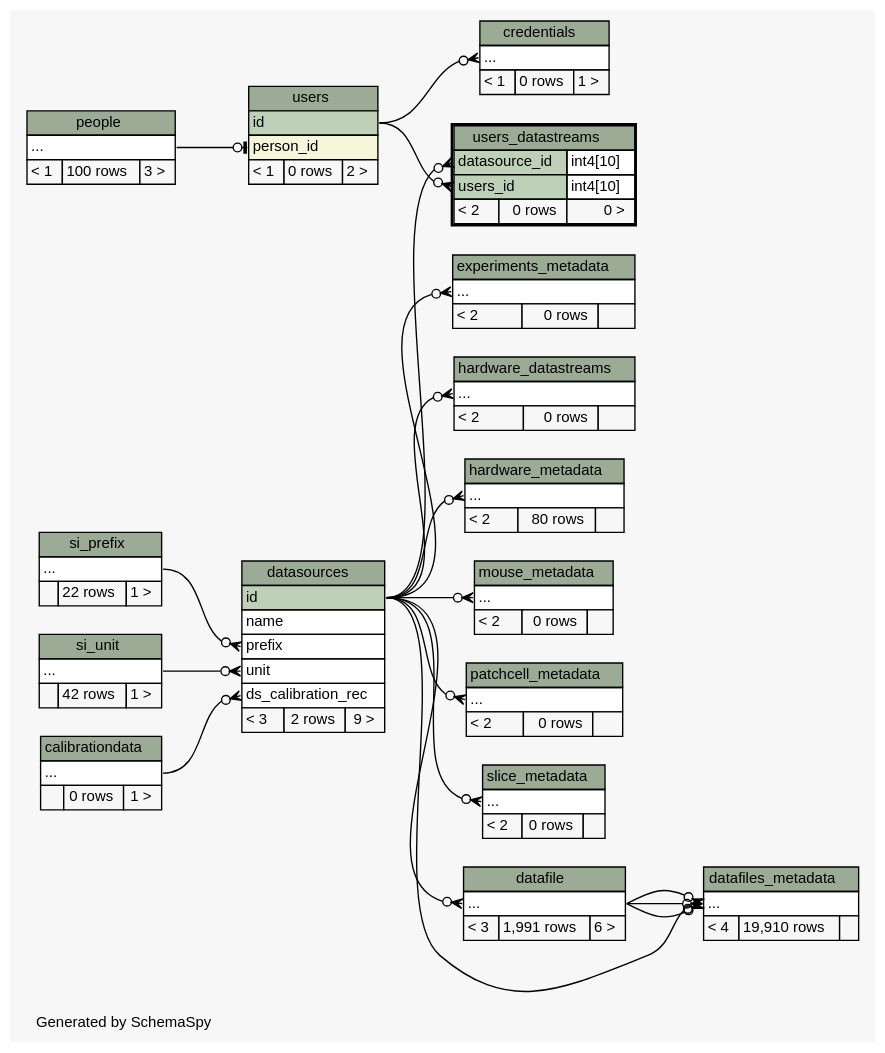
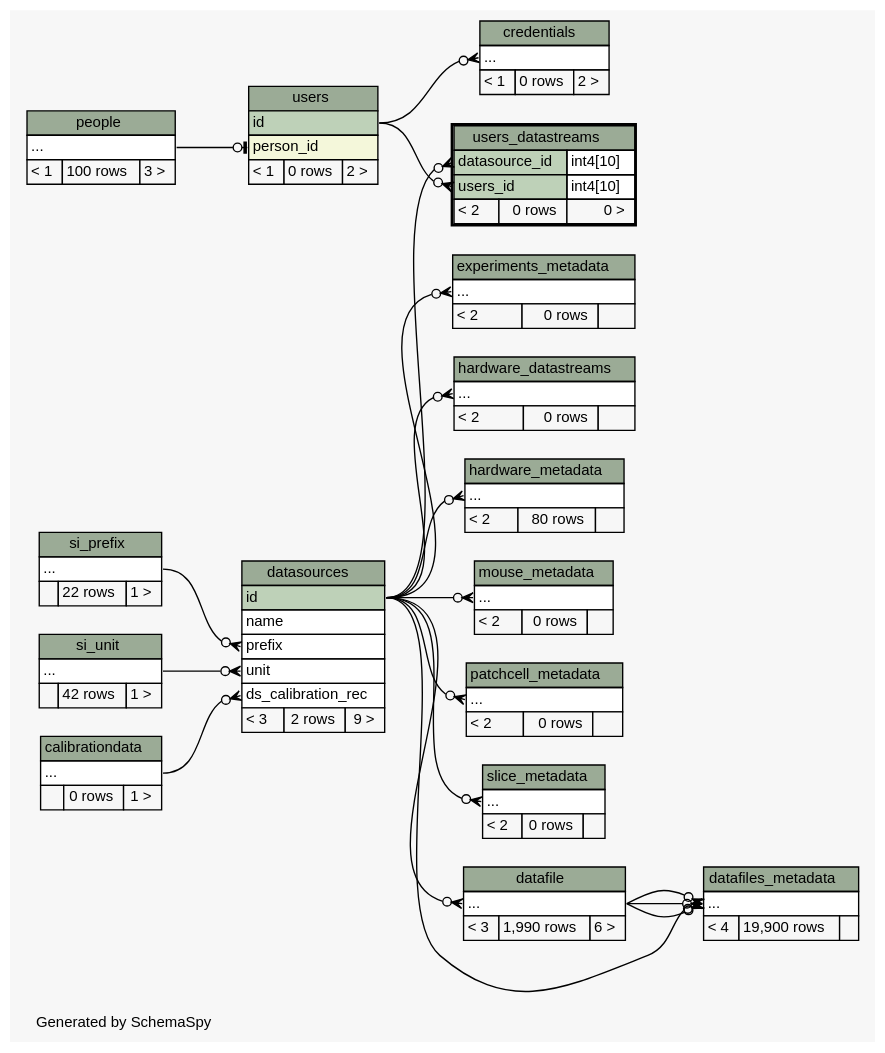
Before and after one commit to tgbugs/mlab: the diagram in database/ss/diagrams/users_datastreams.2degrees.dot, drawn with Graphviz. The commit also changed 281 other files, not shown here.

```diff
--- a/database/ss/diagrams/users_datastreams.2degrees.dot
+++ b/database/ss/diagrams/users_datastreams.2degrees.dot
@@ -1,4 +1,4 @@
-// dot 2.34.0 on Windows 7 6.1
+// dot 2.32.0 on Windows 7 6.1
 // SchemaSpy rev 590
 digraph "twoDegreesRelationshipsDiagram" {
   graph [
@@ -52,7 +52,7 @@
     <TABLE BORDER="0" CELLBORDER="1" CELLSPACING="0" BGCOLOR="#ffffff">
       <TR><TD COLSPAN="3" BGCOLOR="#9bab96" ALIGN="CENTER">credentials</TD></TR>
       <TR><TD PORT="elipses" COLSPAN="3" ALIGN="LEFT">...</TD></TR>
-      <TR><TD ALIGN="LEFT" BGCOLOR="#f7f7f7">&lt; 1</TD><TD ALIGN="RIGHT" BGCOLOR="#f7f7f7">0 rows</TD><TD ALIGN="RIGHT" BGCOLOR="#f7f7f7">1 &gt;</TD></TR>
+      <TR><TD ALIGN="LEFT" BGCOLOR="#f7f7f7">&lt; 1</TD><TD ALIGN="RIGHT" BGCOLOR="#f7f7f7">0 rows</TD><TD ALIGN="RIGHT" BGCOLOR="#f7f7f7">2 &gt;</TD></TR>
     </TABLE>>
     URL="credentials.html"
     tooltip="credentials"
@@ -62,7 +62,7 @@
     <TABLE BORDER="0" CELLBORDER="1" CELLSPACING="0" BGCOLOR="#ffffff">
       <TR><TD COLSPAN="3" BGCOLOR="#9bab96" ALIGN="CENTER">datafile</TD></TR>
       <TR><TD PORT="elipses" COLSPAN="3" ALIGN="LEFT">...</TD></TR>
-      <TR><TD ALIGN="LEFT" BGCOLOR="#f7f7f7">&lt; 3</TD><TD ALIGN="RIGHT" BGCOLOR="#f7f7f7">1,991 rows</TD><TD ALIGN="RIGHT" BGCOLOR="#f7f7f7">6 &gt;</TD></TR>
+      <TR><TD ALIGN="LEFT" BGCOLOR="#f7f7f7">&lt; 3</TD><TD ALIGN="RIGHT" BGCOLOR="#f7f7f7">1,990 rows</TD><TD ALIGN="RIGHT" BGCOLOR="#f7f7f7">6 &gt;</TD></TR>
     </TABLE>>
     URL="datafile.html"
     tooltip="datafile"
@@ -72,7 +72,7 @@
     <TABLE BORDER="0" CELLBORDER="1" CELLSPACING="0" BGCOLOR="#ffffff">
       <TR><TD COLSPAN="3" BGCOLOR="#9bab96" ALIGN="CENTER">datafiles_metadata</TD></TR>
       <TR><TD PORT="elipses" COLSPAN="3" ALIGN="LEFT">...</TD></TR>
-      <TR><TD ALIGN="LEFT" BGCOLOR="#f7f7f7">&lt; 4</TD><TD ALIGN="RIGHT" BGCOLOR="#f7f7f7">19,910 rows</TD><TD ALIGN="RIGHT" BGCOLOR="#f7f7f7">  </TD></TR>
+      <TR><TD ALIGN="LEFT" BGCOLOR="#f7f7f7">&lt; 4</TD><TD ALIGN="RIGHT" BGCOLOR="#f7f7f7">19,900 rows</TD><TD ALIGN="RIGHT" BGCOLOR="#f7f7f7">  </TD></TR>
     </TABLE>>
     URL="datafiles_metadata.html"
     tooltip="datafiles_metadata"
```
